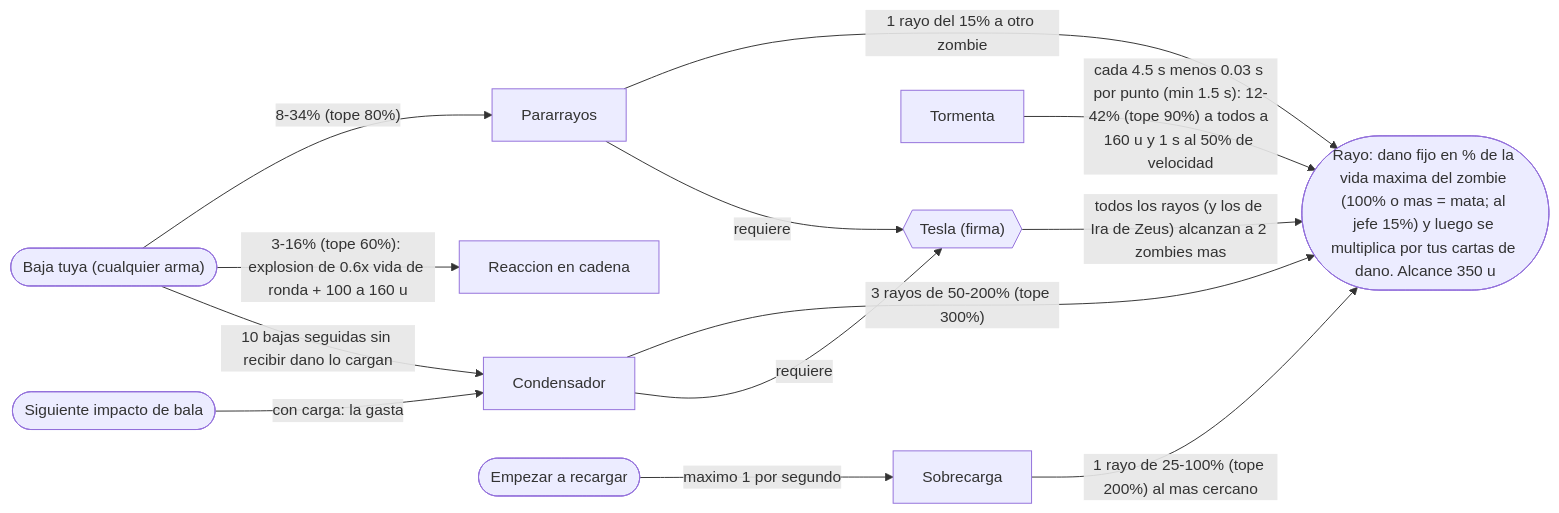
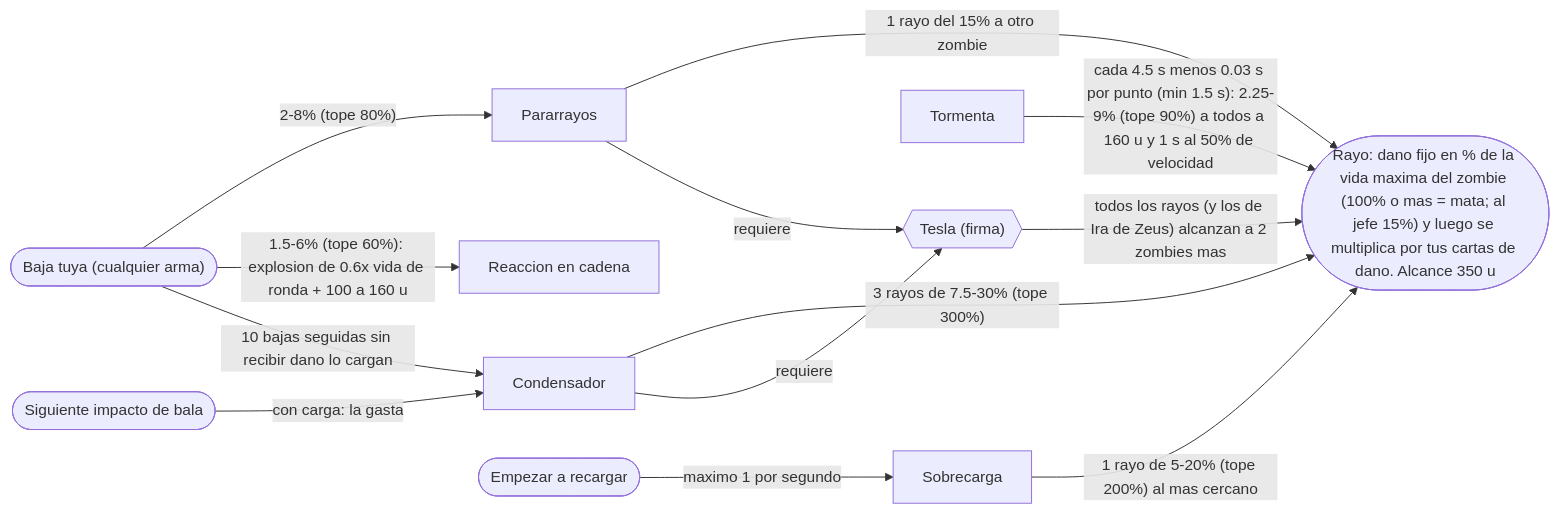
The sixth of 15 diagrams in ARQUETIPOS.md (emailyasi1/bo2jodas), drawn with Mermaid before and after one commit. The commit also changed other lines of this file and 12 other files, not shown here.

First line of the commit message:
1.10.10: 10 copias por carta, aguante de los zombies, dificultad (Maldicion), barra de vida

````diff
--- a/ARQUETIPOS.md
+++ b/ARQUETIPOS.md
@@ -242,25 +242,25 @@
 ```mermaid
 flowchart LR
     cadena["Reaccion en cadena"]
     pararrayos["Pararrayos"]
     sobrecarga["Sobrecarga"]
     condensador["Condensador"]
     tormenta["Tormenta"]
     tesla{{"Tesla (firma)"}}
+    DISPARO(["Siguiente impacto de bala"])
     RAYO(["Rayo: dano fijo en % de la vida maxima del zombie (100% o mas = mata; al jefe 15%) y luego se multiplica por tus cartas de dano. Alcance 350 u"])
     RECARGA(["Empezar a recargar"])
-    DISPARO(["Siguiente impacto de bala"])
     BAJA(["Baja tuya (cualquier arma)"])
-    BAJA -->|"8-34% (tope 80%)"| pararrayos
+    BAJA -->|"2-8% (tope 80%)"| pararrayos
     pararrayos -->|"1 rayo del 15% a otro zombie"| RAYO
-    BAJA -->|"3-16% (tope 60%): explosion de 0.6x vida de ronda + 100 a 160 u"| cadena
+    BAJA -->|"1.5-6% (tope 60%): explosion de 0.6x vida de ronda + 100 a 160 u"| cadena
     RECARGA -->|"maximo 1 por segundo"| sobrecarga
-    sobrecarga -->|"1 rayo de 25-100% (tope 200%) al mas cercano"| RAYO
+    sobrecarga -->|"1 rayo de 5-20% (tope 200%) al mas cercano"| RAYO
     BAJA -->|"10 bajas seguidas sin recibir dano lo cargan"| condensador
     DISPARO -->|"con carga: la gasta"| condensador
-    condensador -->|"3 rayos de 50-200% (tope 300%)"| RAYO
-    tormenta -->|"cada 4.5 s menos 0.03 s por punto (min 1.5 s): 12-42% (tope 90%) a todos a 160 u y 1 s al 50% de velocidad"| RAYO
+    condensador -->|"3 rayos de 7.5-30% (tope 300%)"| RAYO
+    tormenta -->|"cada 4.5 s menos 0.03 s por punto (min 1.5 s): 2.25-9% (tope 90%) a todos a 160 u y 1 s al 50% de velocidad"| RAYO
     pararrayos -->|"requiere"| tesla
     condensador -->|"requiere"| tesla
     tesla -->|"todos los rayos (y los de Ira de Zeus) alcanzan a 2 zombies mas"| RAYO
 ```
````
